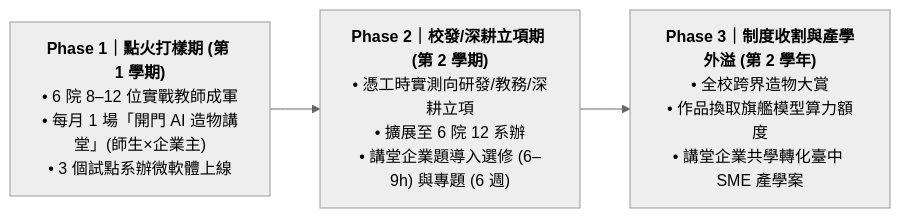
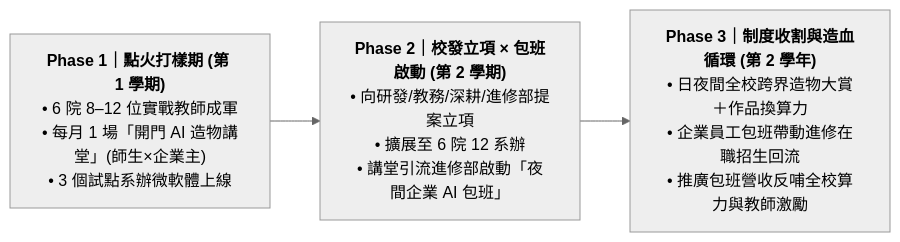
The fourth of 4 diagrams in README.md (nutcelvischen-jpg/nutc-ai-open-door), drawn with Mermaid (neutral theme) before and after one commit. The commit also changed other lines of this file and 3 other files, not shown here.

````diff
--- a/README.md
+++ b/README.md
@@ -105,8 +107,8 @@
 ```mermaid
 flowchart LR
     PH1["<b>Phase 1｜點火打樣期 (第 1 學期)</b><br/>• 6 院 8–12 位實戰教師成軍<br/>• 每月 1 場「開門 AI 造物講堂」(師生×企業主)<br/>• 3 個試點系辦微軟體上線"]
-    PH2["<b>Phase 2｜校發/深耕立項期 (第 2 學期)</b><br/>• 憑工時實測向研發/教務/深耕立項<br/>• 擴展至 6 院 12 系辦<br/>• 講堂企業題導入選修 (6–9h) 與專題 (6 週)"]
-    PH3["<b>Phase 3｜制度收割與產學外溢 (第 2 學年)</b><br/>• 全校跨界造物大賞<br/>• 作品換取旗艦模型算力額度<br/>• 講堂企業共學轉化臺中 SME 產學案"]
+    PH2["<b>Phase 2｜校發立項 × 包班啟動 (第 2 學期)</b><br/>• 向研發/教務/深耕/進修部提案立項<br/>• 擴展至 6 院 12 系辦<br/>• 講堂引流進修部啟動「夜間企業 AI 包班」"]
+    PH3["<b>Phase 3｜制度收割與造血循環 (第 2 學年)</b><br/>• 日夜間全校跨界造物大賞＋作品換算力<br/>• 企業員工包班帶動進修在職招生回流<br/>• 推廣包班營收反哺全校算力與教師激勵"]
 
     PH1 --> PH2 --> PH3
 ```
````
